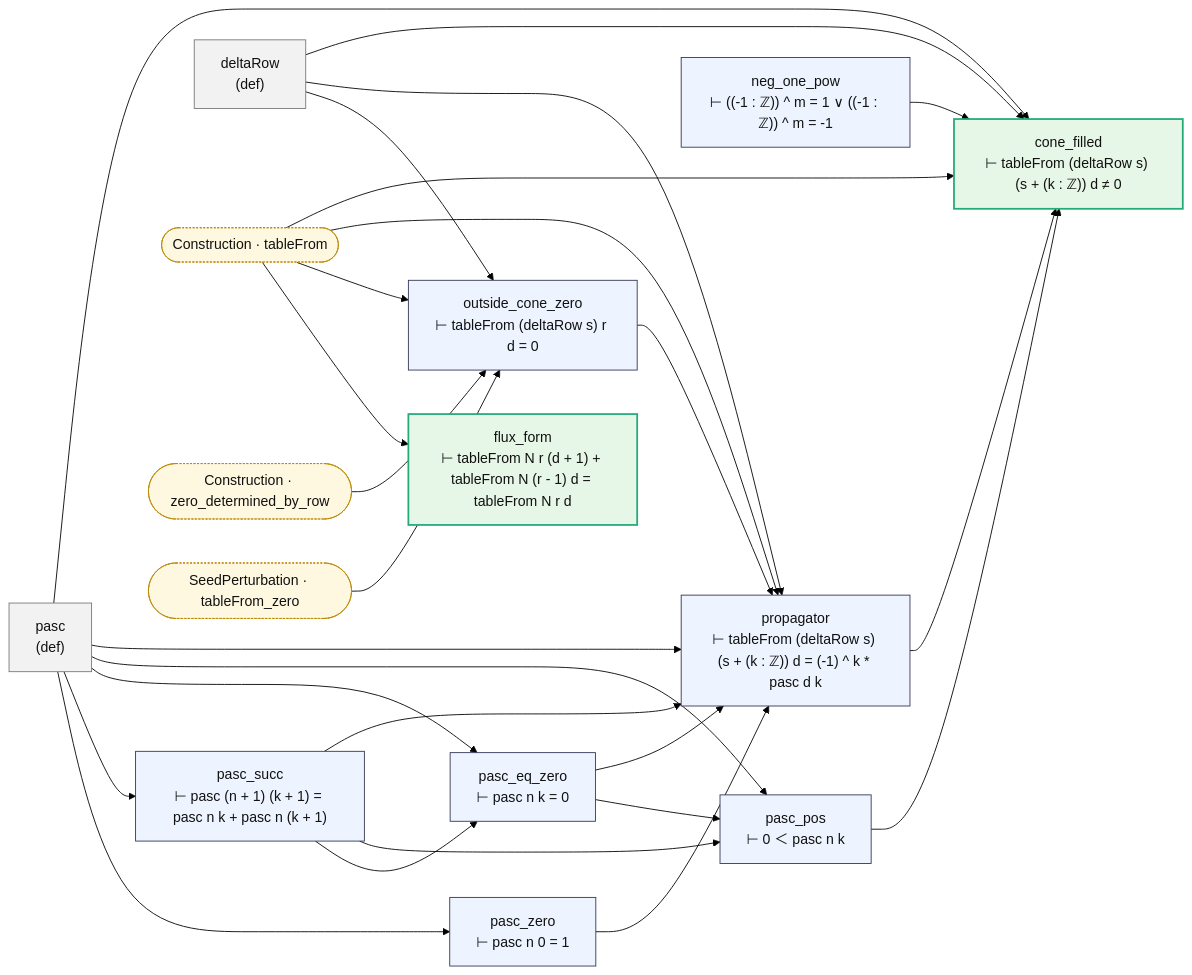
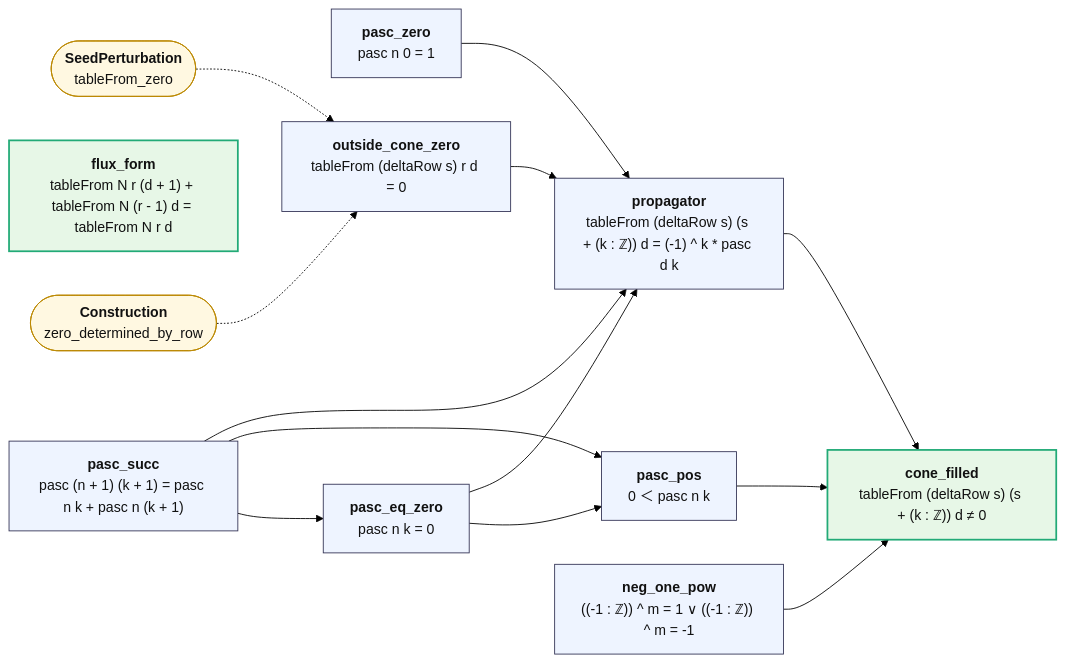
One commit to juliansambranojr/Primebeat_081426 changed the diagram in map/lean/Propagation.md. Above: the diagram before and after it, drawn with Mermaid (forest theme). The commit also changed other lines of this file and 387 other files, not shown here.

````diff
--- a/map/lean/Propagation.md
+++ b/map/lean/Propagation.md
@@ -8,48 +12,31 @@
 ```mermaid
 flowchart LR
-  n0["pasc<br/>(def)"]:::dfn
-  n1["pasc_zero<br/>⊢ pasc n 0 = 1"]:::thm
-  n2["pasc_succ<br/>⊢ pasc (n + 1) (k + 1) = pasc n k + pasc n (k + 1)"]:::thm
-  n3["pasc_eq_zero<br/>⊢ pasc n k = 0"]:::thm
-  n4["pasc_pos<br/>⊢ 0 ＜ pasc n k"]:::thm
-  n5["deltaRow<br/>(def)"]:::dfn
-  n6["outside_cone_zero<br/>⊢ tableFrom (deltaRow s) r d = 0"]:::thm
-  n7["propagator<br/>⊢ tableFrom (deltaRow s) (s + (k : ℤ)) d = (-1) ^ k * pasc d k"]:::thm
-  n8["neg_one_pow<br/>⊢ ((-1 : ℤ)) ^ m = 1 ∨ ((-1 : ℤ)) ^ m = -1"]:::thm
-  n9["cone_filled<br/>⊢ tableFrom (deltaRow s) (s + (k : ℤ)) d ≠ 0"]:::end_
-  n10["flux_form<br/>⊢ tableFrom N r (d + 1) + tableFrom N (r - 1) d = tableFrom N r d"]:::end_
-  x0(["Construction · tableFrom"]):::ext
-  x1(["Construction · zero_determined_by_row"]):::ext
-  x2(["SeedPerturbation · tableFrom_zero"]):::ext
-  n0 --> n1
-  n0 --> n2
-  n0 --> n3
-  n0 --> n4
-  n0 --> n7
-  n0 --> n9
-  n1 --> n7
+  n0["<b>pasc_zero</b><br/>pasc n 0 = 1"]:::thm
+  n1["<b>pasc_succ</b><br/>pasc (n + 1) (k + 1) = pasc n k + pasc n (k + 1)"]:::thm
+  n2["<b>pasc_eq_zero</b><br/>pasc n k = 0"]:::thm
+  n3["<b>pasc_pos</b><br/>0 ＜ pasc n k"]:::thm
+  n4["<b>outside_cone_zero</b><br/>tableFrom (deltaRow s) r d = 0"]:::thm
+  n5["<b>propagator</b><br/>tableFrom (deltaRow s) (s + (k : ℤ)) d = (-1) ^ k * pasc d k"]:::thm
+  n6["<b>neg_one_pow</b><br/>((-1 : ℤ)) ^ m = 1 ∨ ((-1 : ℤ)) ^ m = -1"]:::thm
+  n7["<b>cone_filled</b><br/>tableFrom (deltaRow s) (s + (k : ℤ)) d ≠ 0"]:::end_
+  n8["<b>flux_form</b><br/>tableFrom N r (d + 1) + tableFrom N (r - 1) d = tableFrom N r d"]:::end_
+  x0(["<b>Construction</b><br/>zero_determined_by_row"]):::ext
+  x1(["<b>SeedPerturbation</b><br/>tableFrom_zero"]):::ext
+  n0 --> n5
+  n1 --> n2
+  n1 --> n3
+  n1 --> n5
   n2 --> n3
-  n2 --> n4
-  n2 --> n7
-  n3 --> n4
+  n2 --> n5
   n3 --> n7
-  n4 --> n9
-  n5 --> n6
+  n4 --> n5
   n5 --> n7
-  n5 --> n9
   n6 --> n7
-  n7 --> n9
-  n8 --> n9
-  x0 --> n10
-  x0 --> n6
-  x0 --> n7
-  x0 --> n9
-  x1 --> n6
-  x2 --> n6
+  x0 -.-> n4
+  x1 -.-> n4
   classDef thm fill:#eef4ff,stroke:#335,color:#111
-  classDef dfn fill:#f2f2f2,stroke:#777,color:#111
   classDef end_ fill:#e7f7e7,stroke:#2a7,color:#111,stroke-width:2px
   classDef lone fill:#fff,stroke:#999,color:#111,stroke-dasharray:4 3
   classDef bad fill:#ffe5e5,stroke:#c22,color:#111,stroke-width:2px
-  classDef ext fill:#fff8e1,stroke:#b80,color:#111,stroke-dasharray:2 2
+  classDef ext fill:#fff8e1,stroke:#b80,color:#111
 ```
````
